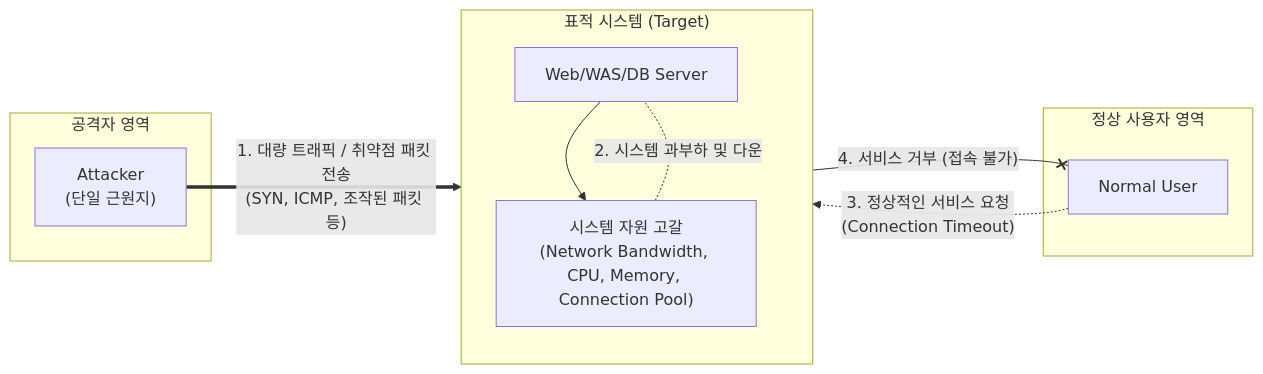
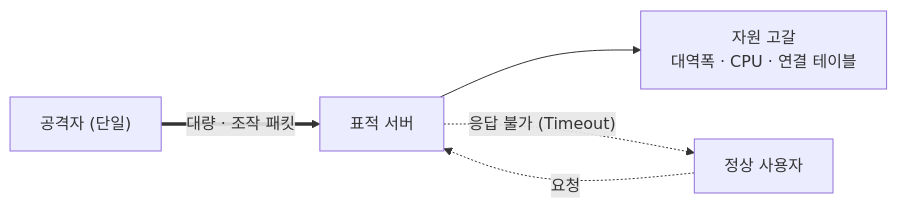
Before and after one commit to supremethumb/supremethumb.github.io: the diagram in content/01_IT Tech/DoS (Denial of Service).md, drawn with Mermaid. The commit also changed other lines of this file and 1087 other files, not shown here.

````diff
--- a/content/01_IT Tech/DoS (Denial of Service).md
+++ b/content/01_IT Tech/DoS (Denial of Service).md
@@ -30,24 +35,7 @@
 ```mermaid
 flowchart LR
-    subgraph Attacker_Side ["공격자 영역"]
-        Attacker["Attacker<br/>(단일 근원지)"]
-    end
-    
-    subgraph Target_System ["표적 시스템 (Target)"]
-        direction TB
-        Server["Web/WAS/DB Server"]
-        Resource["시스템 자원 고갈<br/>(Network Bandwidth, CPU, Memory, Connection Pool)"]
-        Server --> Resource
-    end
-    
-    subgraph Normal_User ["정상 사용자 영역"]
-        User["Normal User"]
-    end
-
-    Attacker == "1. 대량 트래픽 / 취약점 패킷 전송<br/>(SYN, ICMP, 조작된 패킷 등)" ==> Server
-    Resource -. "2. 시스템 과부하 및 다운" .- Server
-    User -. "3. 정상적인 서비스 요청<br/>(Connection Timeout)" .-> Server
-    Server --x|"4. 서비스 거부 (접속 불가)"| User
-
-
+    ATK["공격자 (단일)"] ==>|"대량 · 조작 패킷"| SRV["표적 서버"]
+    SRV --> RES["자원 고갈<br/>대역폭 · CPU · 연결 테이블"]
+    USR["정상 사용자"] -.->|"요청"| SRV
+    SRV -.->|"응답 불가 (Timeout)"| USR
 ```
````
